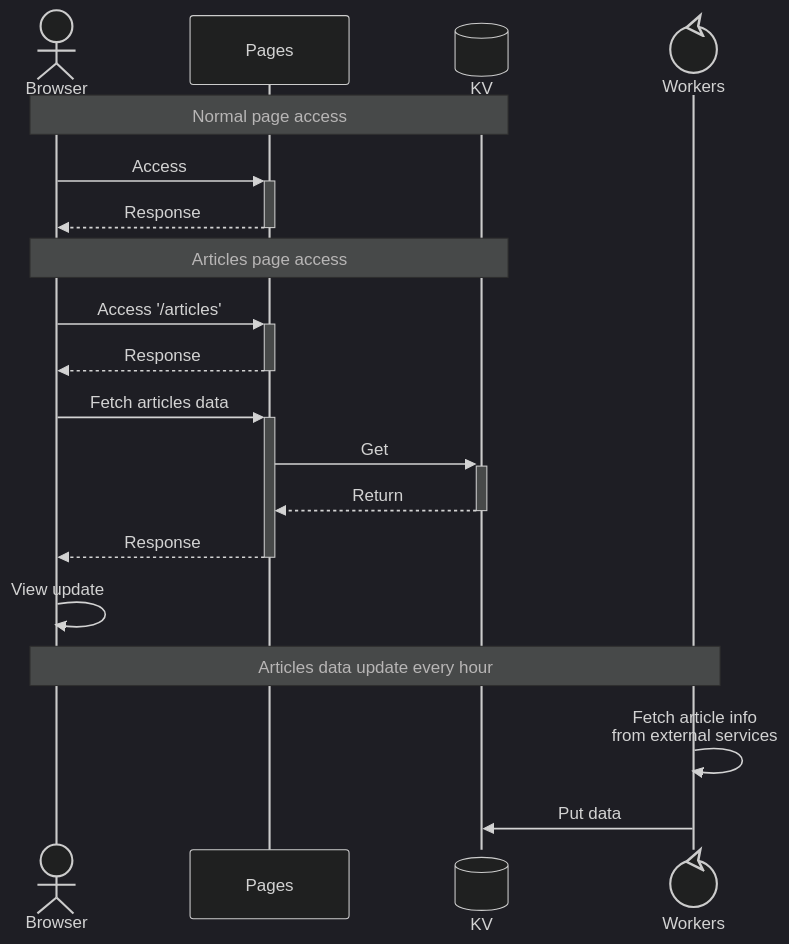
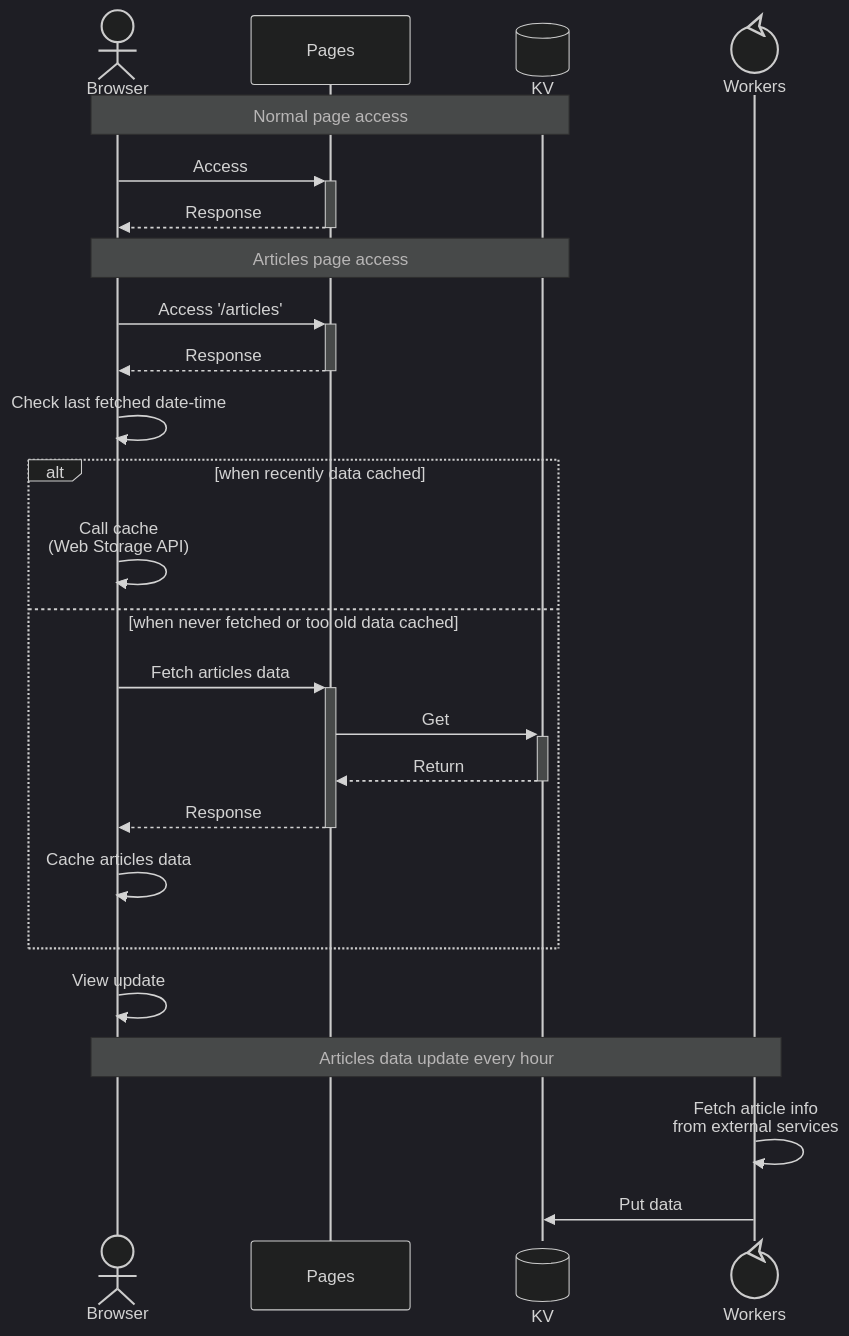
One commit to aKuad/akuad-web changed the diagram in README.md. Above: the diagram before and after it, drawn with Mermaid (dark theme).

Commit message:
Mod: Browser's articles data caching sequence for traffic decrease design

````diff
--- a/README.md
+++ b/README.md
@@ -27,24 +27,30 @@
 ```mermaid
 sequenceDiagram
   actor b as Browser
   participant p as Pages
   participant k@{ "type": "database" } as KV
   participant w@{ "type" : "control" } as Workers
 
   Note over b, k: Normal page access
   b ->>+ p: Access
   p -->>- b: Response
 
   Note over b, k: Articles page access
   b ->>+ p: Access '/articles'
   p -->>- b: Response
-  b ->>+ p: Fetch articles data
-  p ->>+ k: Get
-  k -->>- p: Return
-  p -->>-b: Response
+  b ->> b: Check last fetched date-time
+  alt when recently data cached
+    b ->> b: Call cache<br>(Web Storage API)
+  else when never fetched or too old data cached
+    b ->>+ p: Fetch articles data
+    p ->>+ k: Get
+    k -->>- p: Return
+    p -->>- b: Response
+    b ->> b: Cache articles data
+  end
   b ->> b: View update
 
   Note over b, w: Articles data update every hour
   w ->> w: Fetch article info<br>from external services
   w ->> k: Put data
 ```
````
